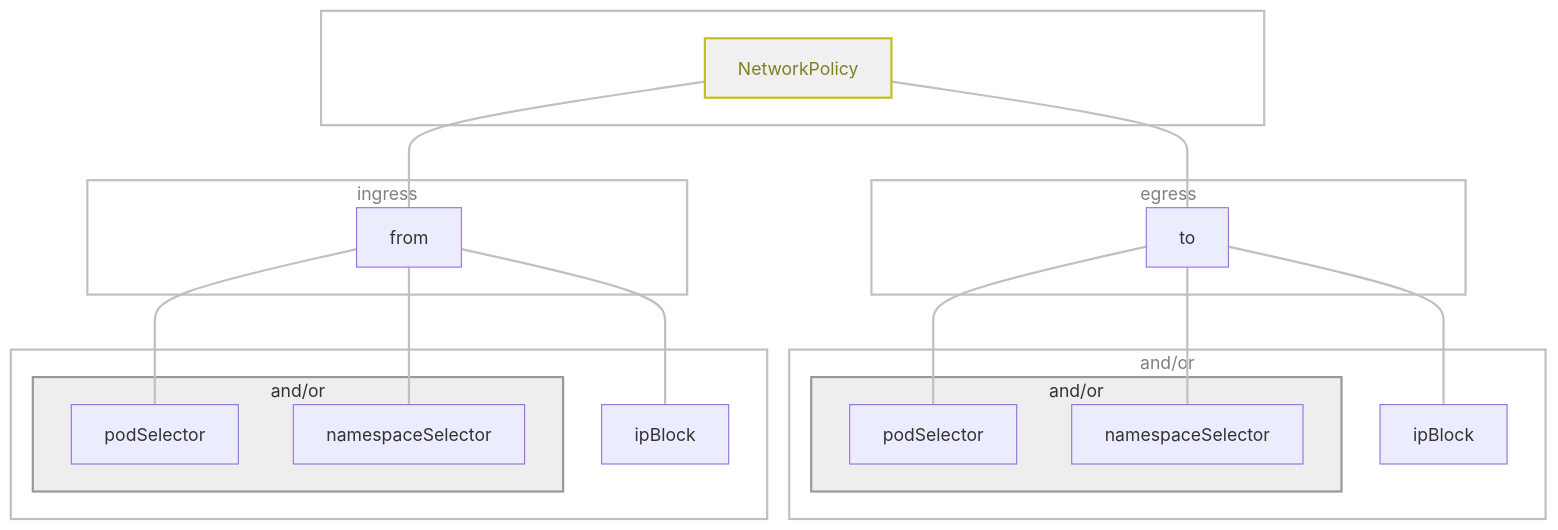
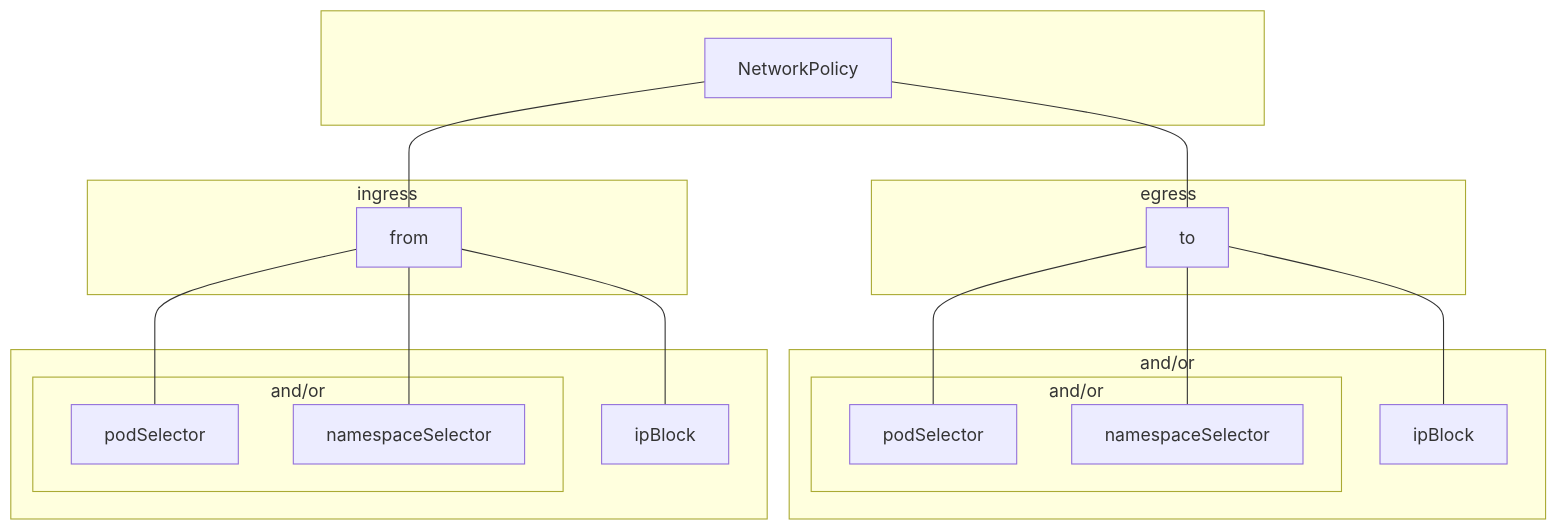
Before and after one commit to sdelrio/golden-forest: the diagram in docs/Infrastructure-and-Cloud/Cloud-Platform/Kubernetes/Concepts/k8s-network-policies.md, drawn with Mermaid. The commit also changed 19 other files, not shown here.

First line of the commit message:
feat(theme): add ink plate mermaid diagrams (#377)

````diff
--- a/docs/Infrastructure-and-Cloud/Cloud-Platform/Kubernetes/Concepts/k8s-network-policies.md
+++ b/docs/Infrastructure-and-Cloud/Cloud-Platform/Kubernetes/Concepts/k8s-network-policies.md
@@ -18,54 +18,44 @@
 ```mermaid
     flowchart BT
 
         subgraph level-1 [" "]
             subgraph sub-level-1 ["and/or"]
               ps1[podSelector]
               ns1[namespaceSelector]
             end
             ip1[ipBlock]
         end
         subgraph level-2 ["and/or"]
             subgraph sub-level-2 ["and/or"]
             ps2[podSelector]
             ns2[namespaceSelector]
             end
             ip2[ipBlock]
         end
 
         from --- np
         to --- np
 
         subgraph kind[" "]
             np[NetworkPolicy]
         end
 
         ps1 --- from
         ns1 --- from
         ip1 --- from
 
 
         ps2 --- to
         ns2 --- to
         ip2 --- to
 
-        subgraph section-from ["ingress"]
+        subgraph section-from["ingress"]
             from
         end
-        subgraph section-to ["egress"]
+        subgraph section-to["egress"]
             to
         end
 
-        linkStyle default stroke-width:2px,fill:none,stroke:#c0c0c0
-
-        classDef green fill:#beb,stroke:#ada,stroke-width:2px
-        classDef gray fill:#eee,stroke:#999,stroke-width:2px
-        classDef yellow fill:#eeb,stroke:#dda,stroke-width:2px
-        classDef section color:#808080,fill:none,stroke:#c0c0c0,stroke-width:2px
-        classDef npstyle color:#808020,fill:#F0F0F0,stroke:#c0c020,stroke-width:2px
-        classDef ext color:#808020,fill:none,stroke:#606010,stroke-width:2px
-
-        class level-1,level-2,section-from,section-to,kind section
-        class sub-level-1,sub-level-2 gray
-        class np npstyle
+        class level-1,level-2,kind plain
+        class np highlight
 ```
````
